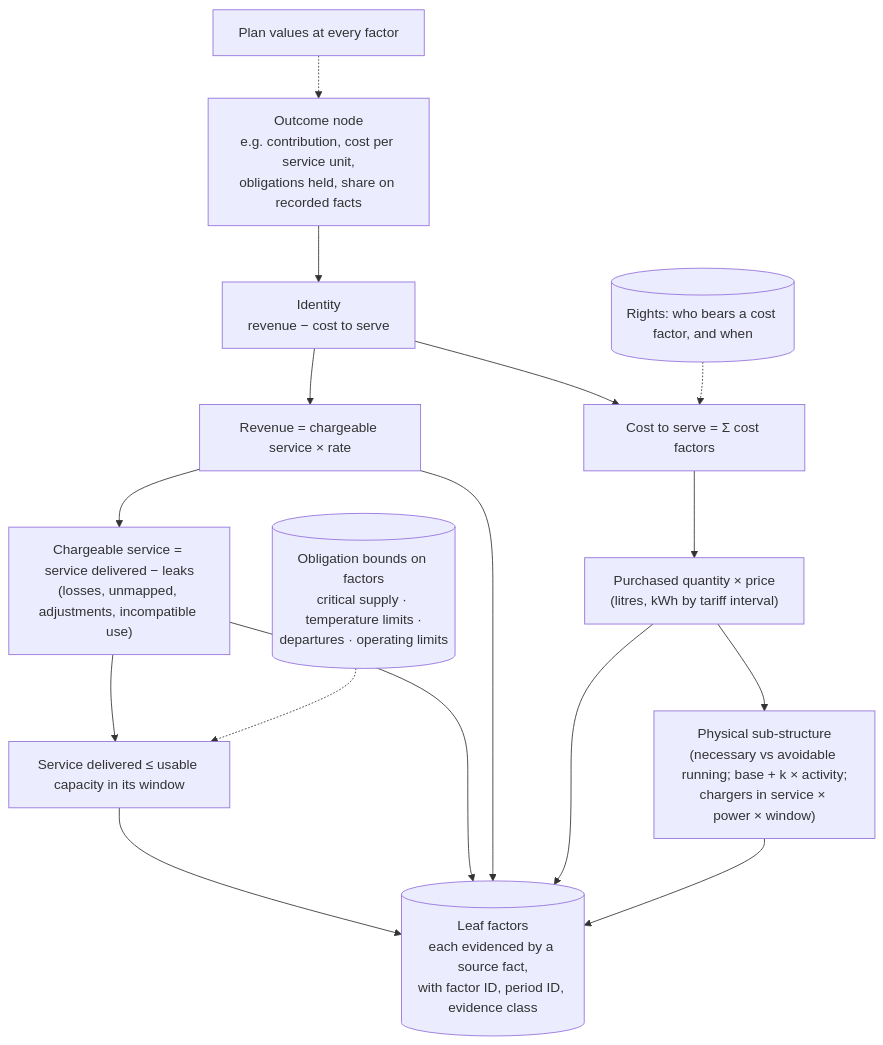
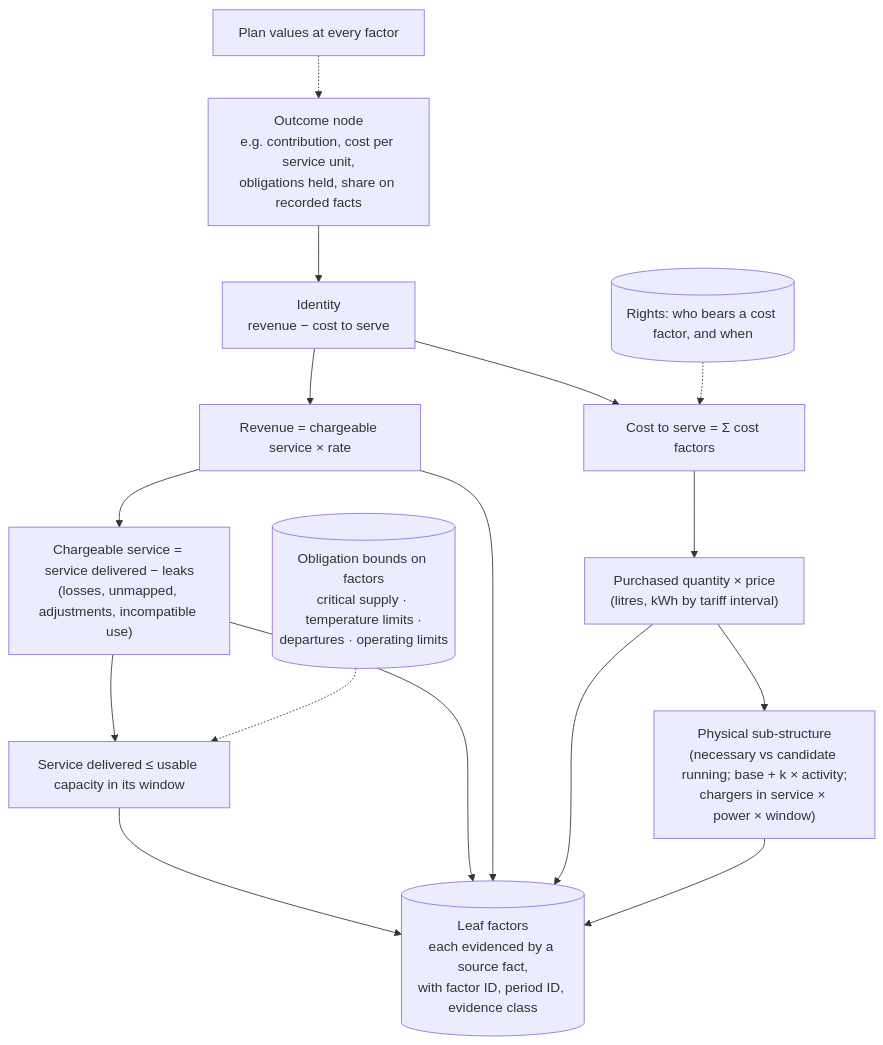
Before and after one commit to bineyame/AssetOpsV1: the second of 2 diagrams in Docs/demo-sprint/product-direction-layer4/layer4-transformation-design.md, drawn with Mermaid. The commit also changed other lines of this file and 85 other files, not shown here.

````diff
--- a/Docs/demo-sprint/product-direction-layer4/layer4-transformation-design.md
+++ b/Docs/demo-sprint/product-direction-layer4/layer4-transformation-design.md
@@ -87,14 +87,14 @@
 ```mermaid
 flowchart TB
   OUT["Outcome node<br/>e.g. contribution, cost per service unit,<br/>obligations held, share on recorded facts"] --> ID["Identity<br/>revenue − cost to serve"]
   ID --> REV["Revenue = chargeable service × rate"]
   ID --> CST["Cost to serve = Σ cost factors"]
   REV --> CHG["Chargeable service = service delivered − leaks<br/>(losses, unmapped, adjustments, incompatible use)"]
   CHG --> SRV["Service delivered ≤ usable capacity in its window"]
   CST --> QTY["Purchased quantity × price<br/>(litres, kWh by tariff interval)"]
-  QTY --> PHY["Physical sub-structure<br/>(necessary vs avoidable running; base + k × activity;<br/>chargers in service × power × window)"]
+  QTY --> PHY["Physical sub-structure<br/>(necessary vs candidate running; base + k × activity;<br/>chargers in service × power × window)"]
   SRV & CHG & REV & QTY & PHY --> LEAF[("Leaf factors<br/>each evidenced by a source fact,<br/>with factor ID, period ID, evidence class")]
   PLAN["Plan values at every factor"] -.-> OUT
   BND[("Obligation bounds on factors<br/>critical supply · temperature limits ·<br/>departures · operating limits")] -.-> SRV
   RGT[("Rights: who bears a cost factor, and when")] -.-> CST
 ```
````
